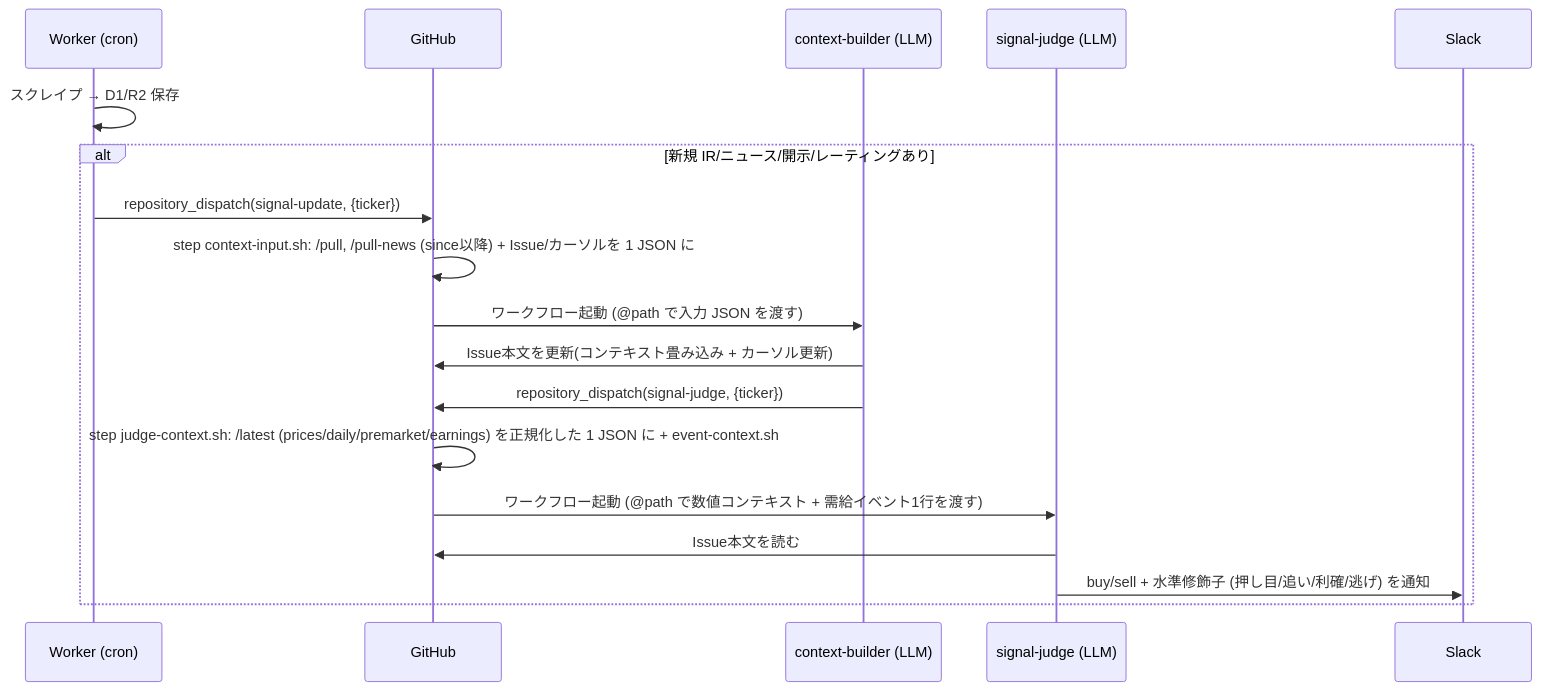
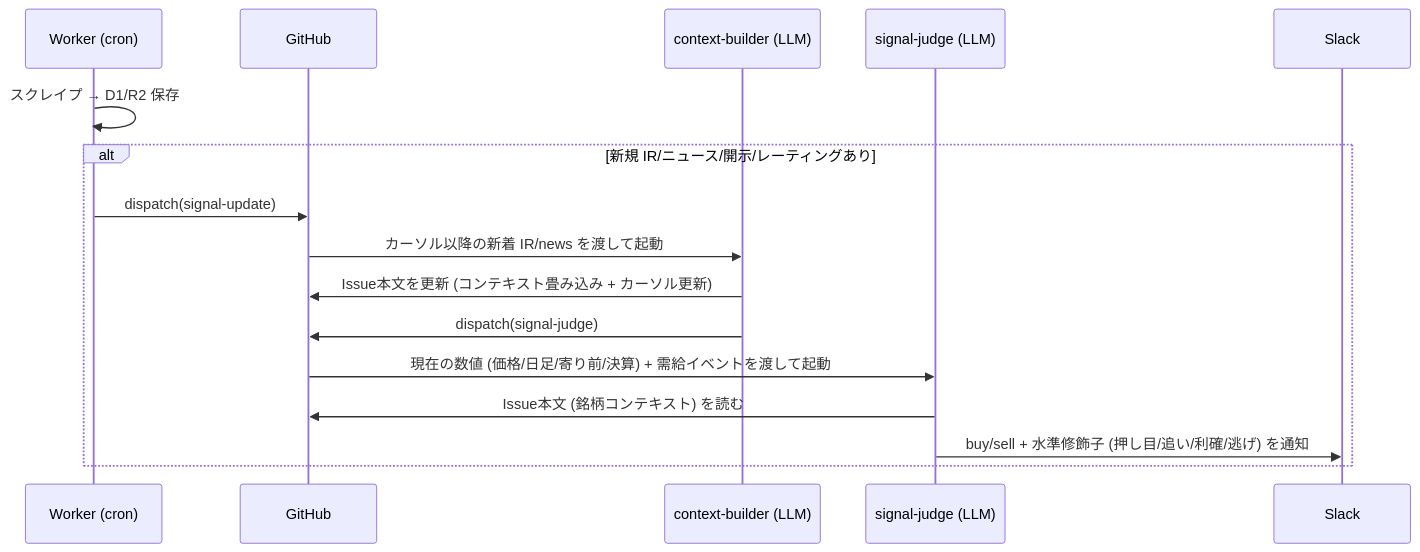
One commit to omni-stove/stock-signals changed the second of 2 diagrams in README.md. Above: the diagram before and after it, drawn with Mermaid. The commit also changed other lines of this file, not shown here.

````diff
--- a/README.md
+++ b/README.md
@@ -105,21 +110,19 @@
 ```mermaid
 sequenceDiagram
     participant W as Worker (cron)
     participant GH as GitHub
     participant CB as context-builder (LLM)
     participant SJ as signal-judge (LLM)
     participant SL as Slack
 
     W->>W: スクレイプ → D1/R2 保存
     alt 新規 IR/ニュース/開示/レーティングあり
-        W->>GH: repository_dispatch(signal-update, {ticker})
-        GH->>GH: step context-input.sh: /pull, /pull-news (since以降) + Issue/カーソルを 1 JSON に
-        GH->>CB: ワークフロー起動 (@path で入力 JSON を渡す)
-        CB->>GH: Issue本文を更新(コンテキスト畳み込み + カーソル更新)
-        CB->>GH: repository_dispatch(signal-judge, {ticker})
-        GH->>GH: step judge-context.sh: /latest (prices/daily/premarket/earnings) を正規化した 1 JSON に + event-context.sh
-        GH->>SJ: ワークフロー起動 (@path で数値コンテキスト + 需給イベント1行を渡す)
-        SJ->>GH: Issue本文を読む
+        W->>GH: dispatch(signal-update)
+        GH->>CB: カーソル以降の新着 IR/news を渡して起動
+        CB->>GH: Issue本文を更新 (コンテキスト畳み込み + カーソル更新)
+        CB->>GH: dispatch(signal-judge)
+        GH->>SJ: 現在の数値 (価格/日足/寄り前/決算) + 需給イベントを渡して起動
+        SJ->>GH: Issue本文 (銘柄コンテキスト) を読む
         SJ->>SL: buy/sell + 水準修飾子 (押し目/追い/利確/逃げ) を通知
     end
 ```
````
